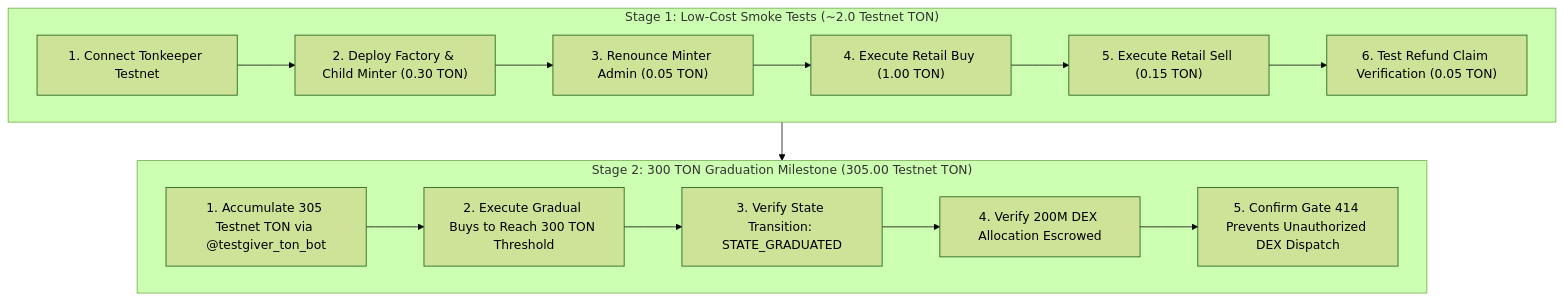
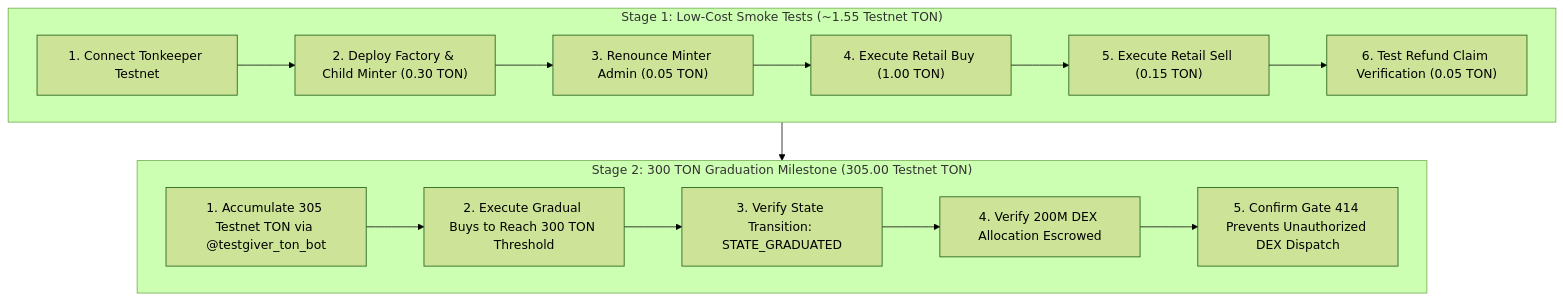
Before and after one commit to anlgram-labs/ANLGRAM: the second of 2 diagrams in docs/release/supervised-testnet-acceptance-package.md, drawn with Mermaid (forest theme). The commit also changed other lines of this file and 2 other files, not shown here.

Commit message:
fix(testnet): correct refund opcode 0x414e4c34, exclude LP locker from Stage 1 smoke, and add dual-case TVM sandbox tests

````diff
--- a/docs/release/supervised-testnet-acceptance-package.md
+++ b/docs/release/supervised-testnet-acceptance-package.md
@@ -151,19 +151,19 @@
 ```mermaid
 flowchart TD
-    subgraph Stage1["Stage 1: Low-Cost Smoke Tests (~2.0 Testnet TON)"]
+    subgraph Stage1["Stage 1: Low-Cost Smoke Tests (~1.55 Testnet TON)"]
         S1_1["1. Connect Tonkeeper Testnet"] --> S1_2["2. Deploy Factory & Child Minter (0.30 TON)"]
         S1_2 --> S1_3["3. Renounce Minter Admin (0.05 TON)"]
         S1_3 --> S1_4["4. Execute Retail Buy (1.00 TON)"]
         S1_4 --> S1_5["5. Execute Retail Sell (0.15 TON)"]
         S1_5 --> S1_6["6. Test Refund Claim Verification (0.05 TON)"]
     end
 
     subgraph Stage2["Stage 2: 300 TON Graduation Milestone (305.00 Testnet TON)"]
         S2_1["1. Accumulate 305 Testnet TON via @testgiver_ton_bot"] --> S2_2["2. Execute Gradual Buys to Reach 300 TON Threshold"]
         S2_2 --> S2_3["3. Verify State Transition: STATE_GRADUATED"]
         S2_3 --> S2_4["4. Verify 200M DEX Allocation Escrowed"]
         S2_4 --> S2_5["5. Confirm Gate 414 Prevents Unauthorized DEX Dispatch"]
     end
 
     Stage1 --> Stage2
 ```
````
